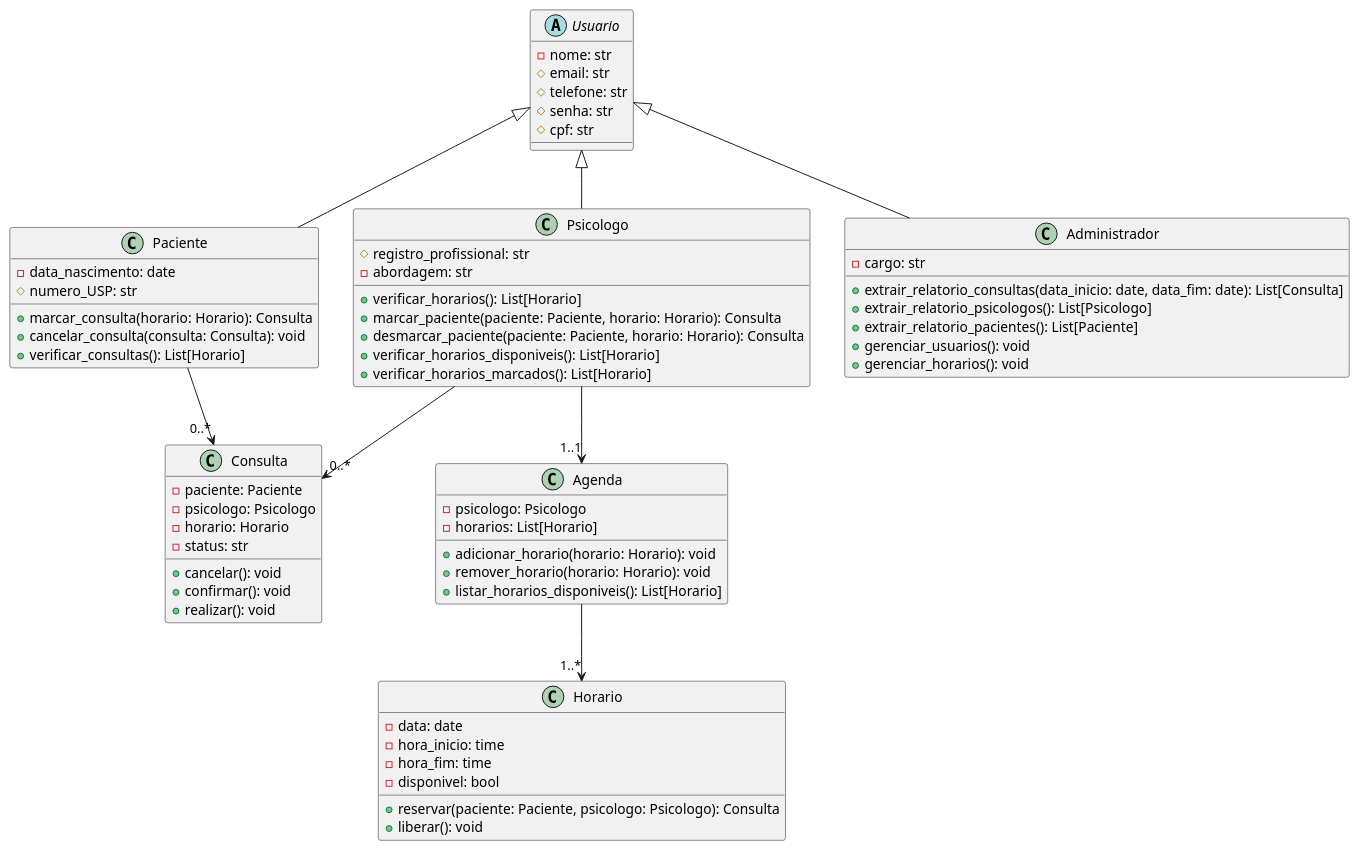
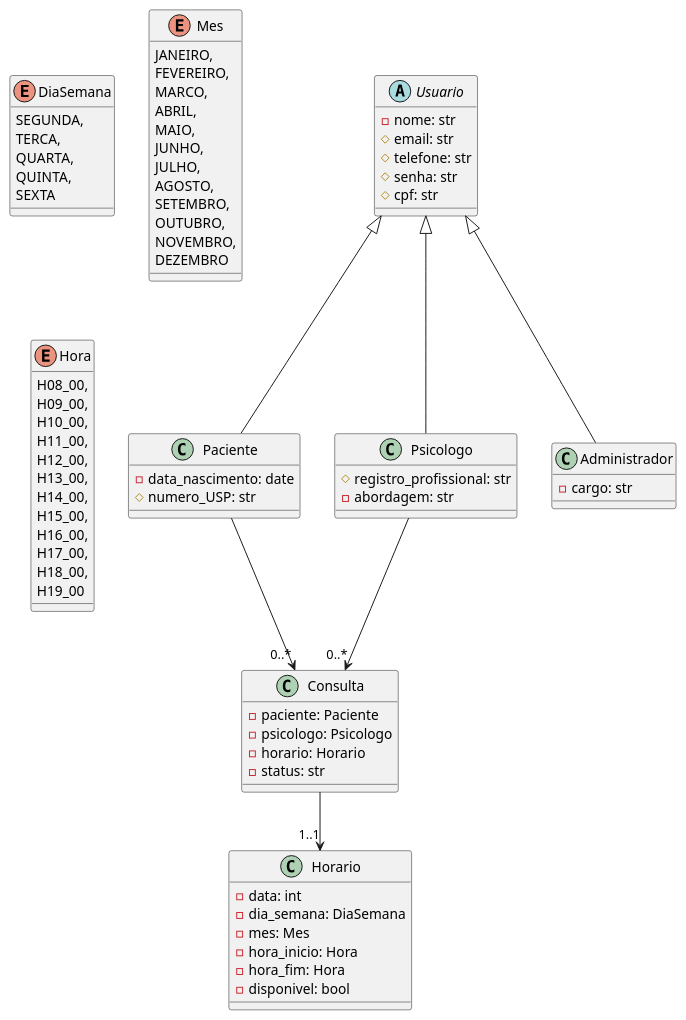
Before and after one commit to catarinamoreiralima/apoo: the diagram in classes.plantuml, drawn with PlantUML. The commit also changed 1 other file, not shown here.

```diff
--- a/classes.plantuml
+++ b/classes.plantuml
@@ -1,74 +1,89 @@
-@startuml 
+@startuml classes
 
 abstract class Usuario {
   - nome: str
   # email: str
   # telefone: str
   # senha: str
   # cpf: str
 }
 
+
 class Paciente {
   - data_nascimento: date
   # numero_USP: str
-  + marcar_consulta(horario: Horario): Consulta
-  + cancelar_consulta(consulta: Consulta): void
-  + verificar_consultas(): List[Horario]
+ 
 }
 
 class Psicologo {
   # registro_profissional: str
   - abordagem: str
-  + verificar_horarios(): List[Horario]
-  + marcar_paciente(paciente: Paciente, horario: Horario): Consulta
-  + desmarcar_paciente(paciente: Paciente, horario: Horario): Consulta
-  + verificar_horarios_disponiveis(): List[Horario]
-  + verificar_horarios_marcados(): List[Horario]
 }
 
 class Consulta {
   - paciente: Paciente
   - psicologo: Psicologo
   - horario: Horario
   - status: str
-  + cancelar(): void
-  + confirmar(): void
-  + realizar(): void
 }
 
 class Horario {
-  - data: date
-  - hora_inicio: time
-  - hora_fim: time
+  - data: int
+  - dia_semana: DiaSemana
+  - mes: Mes
+  - hora_inicio: Hora
+  - hora_fim: Hora
   - disponivel: bool
-  + reservar(paciente: Paciente, psicologo: Psicologo): Consulta
-  + liberar(): void
+  
 }
 
-class Agenda {
-  - psicologo: Psicologo
-  - horarios: List[Horario]
-  + adicionar_horario(horario: Horario): void
-  + remover_horario(horario: Horario): void
-  + listar_horarios_disponiveis(): List[Horario]
+enum DiaSemana {
+  SEGUNDA,
+  TERCA,
+  QUARTA,
+  QUINTA,
+  SEXTA
+}
+
+enum Mes {
+  JANEIRO,
+  FEVEREIRO,
+  MARCO,
+  ABRIL,
+  MAIO,
+  JUNHO,
+  JULHO,
+  AGOSTO,
+  SETEMBRO,
+  OUTUBRO,
+  NOVEMBRO,
+  DEZEMBRO
+}
+
+enum Hora {
+  H08_00,
+  H09_00,
+  H10_00,
+  H11_00,
+  H12_00,
+  H13_00,
+  H14_00,
+  H15_00,
+  H16_00,
+  H17_00,
+  H18_00,
+  H19_00
 }
 
 class Administrador {
   - cargo: str
-  + extrair_relatorio_consultas(data_inicio: date, data_fim: date): List[Consulta]
-  + extrair_relatorio_psicologos(): List[Psicologo]
-  + extrair_relatorio_pacientes(): List[Paciente]
-  + gerenciar_usuarios(): void
-  + gerenciar_horarios(): void
 }
 
 Usuario <|-- Paciente
 Usuario <|-- Psicologo
 Usuario <|-- Administrador
 Paciente --> "0..*" Consulta 
 Psicologo --> "0..*" Consulta
-Psicologo --> "1..1" Agenda
-Agenda --> "1..*" Horario
-
+Consulta --> "1..1" Horario
 
 @enduml
```
